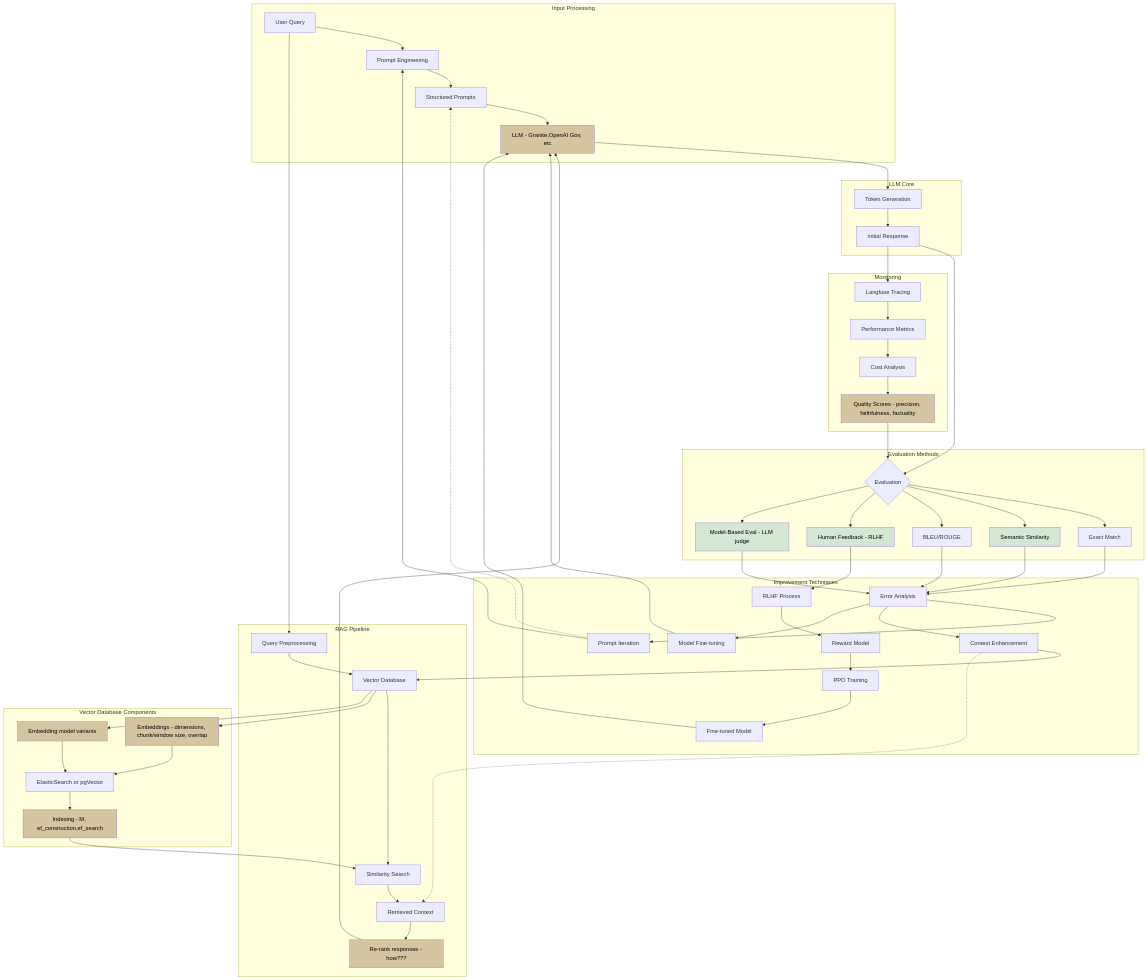
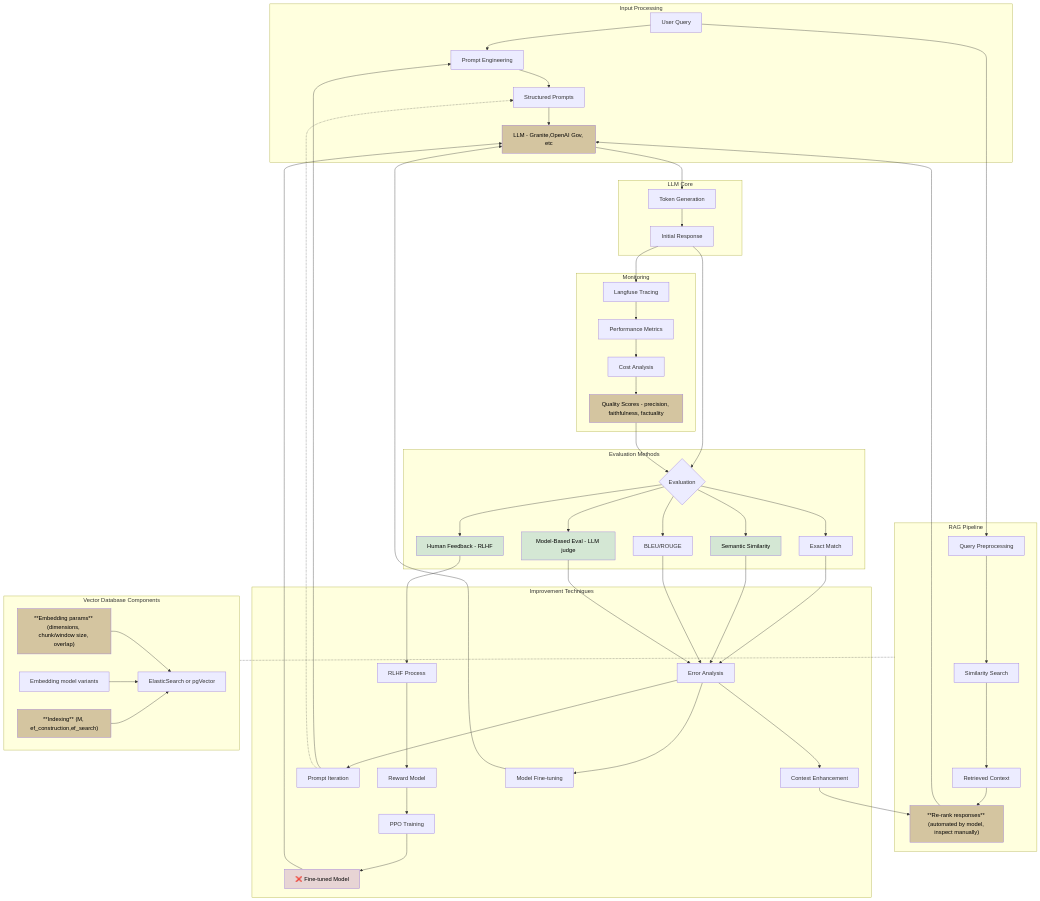
One commit to patelc75/n8n-rag-pipeline-chatbot changed the diagram in docs/eval-flow.mermaid. Above: the diagram before and after it, drawn with Mermaid.

Commit message:
RAG pipeline component updates and formatting

```diff
--- a/docs/eval-flow.mermaid
+++ b/docs/eval-flow.mermaid
@@ -1,74 +1,75 @@
+%% The layout only looks good in Notion's Mermaid editor
 graph TB
     subgraph "Input Processing"
         A[User Query] --> B[Prompt Engineering]
         B --> C[Structured Prompts]
         C --> D[LLM - Granite,OpenAI Gov, etc]:::yellow
     end
-
-    subgraph "RAG Pipeline"
+    
+    subgraph RP[RAG Pipeline]
         A --> E[Query Preprocessing]
-        E --> F[Vector Database]
-        F --> G[Similarity Search]
+        E --> G[Similarity Search]
         G --> H[Retrieved Context]
-        H --> HA[Re-rank responses - how???]:::yellow
+        H --> HA["**Re-rank responses** (automated by model, inspect manually)"]:::yellow
         HA --> D
     end
-
+    
     subgraph "LLM Core"
         D --> I[Token Generation]
         I --> J[Initial Response]
     end
-
+    
     subgraph "Evaluation Methods"
         J --> K{Evaluation}
         K --> L[Exact Match]
         K --> M[Semantic Similarity]:::green
         K --> N[BLEU/ROUGE]
         K --> O[Human Feedback - RLHF]:::green
         K --> P[Model-Based Eval - LLM judge]:::green
 
     end
-
+    
     subgraph "Improvement Techniques"
         O --> Q[RLHF Process]
         Q --> R[Reward Model]
         R --> S[PPO Training]
-        S --> T[Fine-tuned Model]
-
+        S --> T[❌ Fine-tuned Model]:::red
+        
         L --> U[Error Analysis]
         M --> U
         N --> U
         P --> U
-
+        
         U --> V[Prompt Iteration]
         V --> B
-
+        
         U --> W[Context Enhancement]
-        W --> F
-
+        W --> HA
+        
         U --> X[Model Fine-tuning]
         X --> D
     end
-
-    subgraph "Vector Database Components"
-        F --> Y[Embeddings - dimensions, chunk/window size, overlap]:::yellow
-        F --> AF[Embedding model variants]:::yellow
+    
+    subgraph VD[Vector Database Components]
+        Y["**Embedding params** (dimensions, chunk/window size, overlap)"]:::yellow
+        AF[Embedding model variants]
+        AA["**Indexing** (M, ef_construction,ef_search)"]:::yellow
         Y --> Z[ElasticSearch or pgVector]
         AF --> Z
-        Z --> AA[Indexing - M, ef_construction,ef_search]:::yellow
-        AA --> G
+	      AA --> Z
     end
-
+    
     subgraph "Monitoring"
         J --> AB[Langfuse Tracing]
         AB --> AC[Performance Metrics]
         AC --> AD[Cost Analysis]
         AD --> AE[Quality Scores - precision, faithfulness, factuality]:::yellow
         AE --> K
     end
-
+    
     T --> D
     V -.-> C
-    W -.-> H
+    RP -.- VD
 		classDef yellow fill:#D4C5A0,color:#000000
 		classDef green fill:#D4E7D4,color:#000000
+		classDef red fill:#E7D4D4,color:#000000
```
